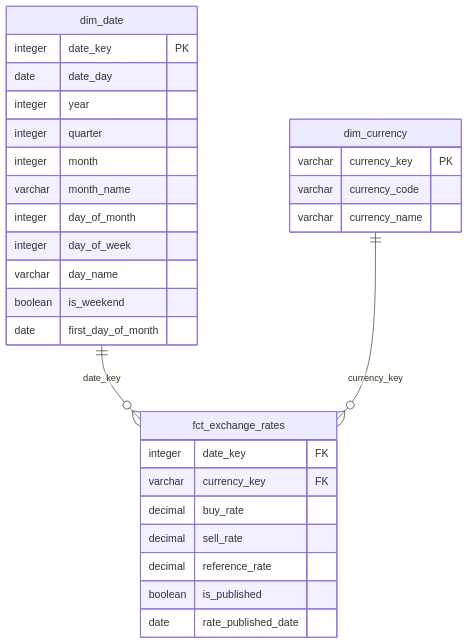
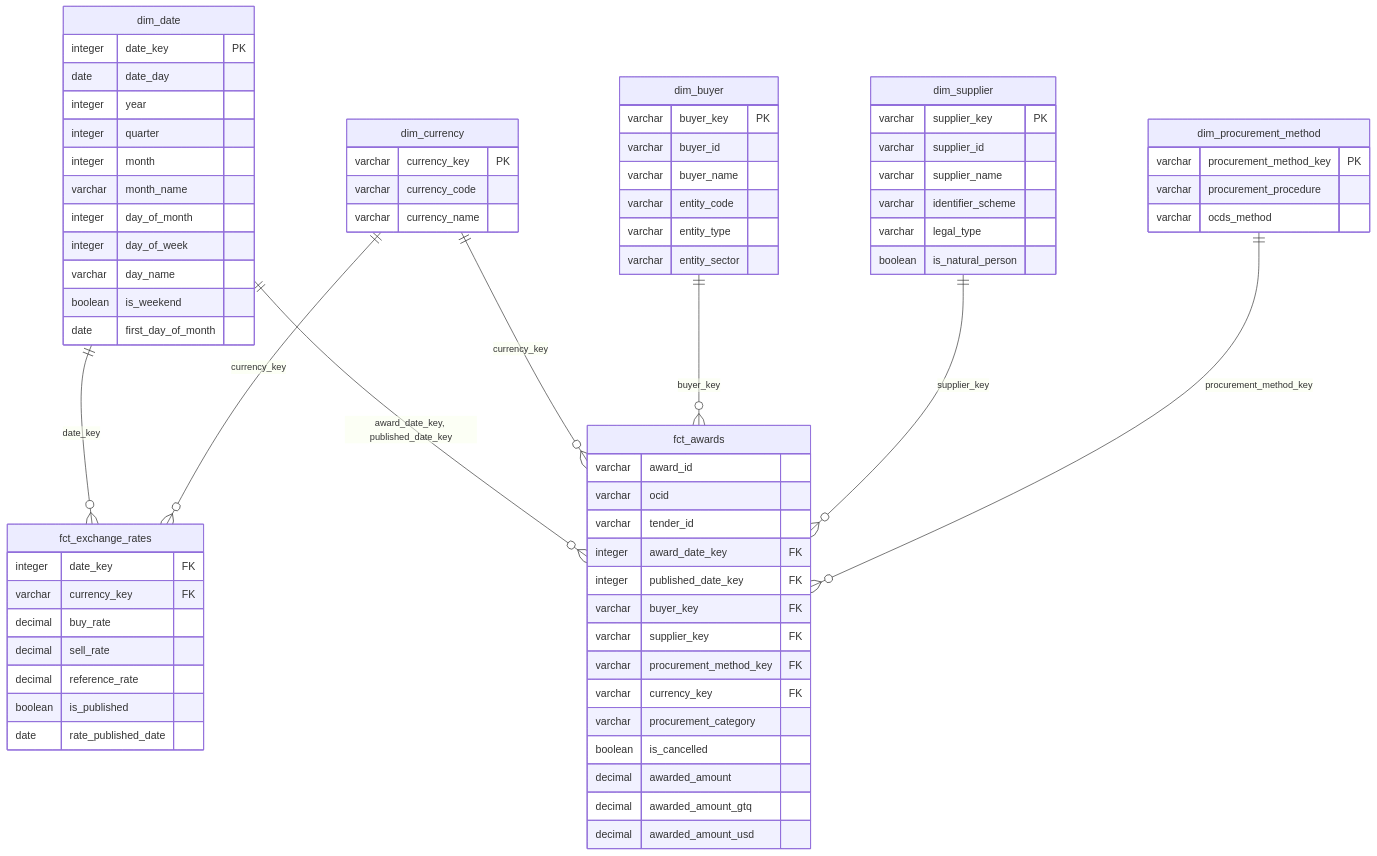
The second of 2 diagrams in README.md (Carlosmarroquin20/quetzal-lakehouse), drawn with Mermaid before and after one commit. The commit also changed other lines of this file, not shown here.

First line of the commit message:
Document Guatecompras and the awards model

````diff
--- a/README.md
+++ b/README.md
@@ -157,33 +194,75 @@
 ```mermaid
 erDiagram
     dim_date ||--o{ fct_exchange_rates : "date_key"
     dim_currency ||--o{ fct_exchange_rates : "currency_key"
+    dim_date ||--o{ fct_awards : "award_date_key, published_date_key"
+    dim_currency ||--o{ fct_awards : "currency_key"
+    dim_buyer ||--o{ fct_awards : "buyer_key"
+    dim_supplier ||--o{ fct_awards : "supplier_key"
+    dim_procurement_method ||--o{ fct_awards : "procurement_method_key"
 
     fct_exchange_rates {
         integer date_key FK
         varchar currency_key FK
         decimal buy_rate
         decimal sell_rate
         decimal reference_rate
         boolean is_published
         date rate_published_date
+    }
+    fct_awards {
+        varchar award_id
+        varchar ocid
+        varchar tender_id
+        integer award_date_key FK
+        integer published_date_key FK
+        varchar buyer_key FK
+        varchar supplier_key FK
+        varchar procurement_method_key FK
+        varchar currency_key FK
+        varchar procurement_category
+        boolean is_cancelled
+        decimal awarded_amount
+        decimal awarded_amount_gtq
+        decimal awarded_amount_usd
     }
     dim_date {
         integer date_key PK
         date date_day
         integer year
         integer quarter
         integer month
         varchar month_name
         integer day_of_month
         integer day_of_week
         varchar day_name
         boolean is_weekend
         date first_day_of_month
     }
     dim_currency {
         varchar currency_key PK
         varchar currency_code
         varchar currency_name
     }
+    dim_buyer {
+        varchar buyer_key PK
+        varchar buyer_id
+        varchar buyer_name
+        varchar entity_code
+        varchar entity_type
+        varchar entity_sector
+    }
+    dim_supplier {
+        varchar supplier_key PK
+        varchar supplier_id
+        varchar supplier_name
+        varchar identifier_scheme
+        varchar legal_type
+        boolean is_natural_person
+    }
+    dim_procurement_method {
+        varchar procurement_method_key PK
+        varchar procurement_procedure
+        varchar ocds_method
+    }
 ```
````
